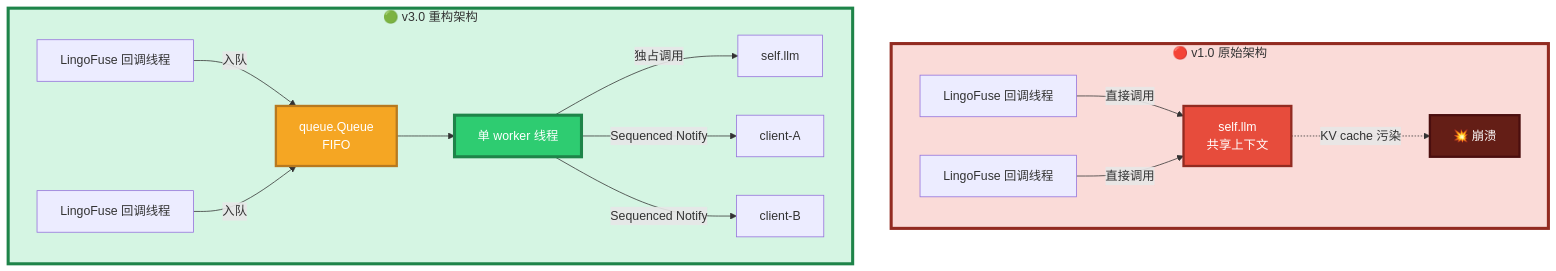
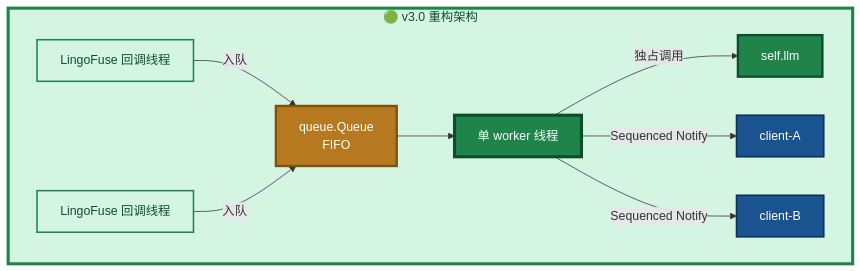
The fifth of 39 diagrams in src/llm-service/LingoFuse_LLM_Service_Work_Summary.md (PassByYou888/LingoFuse-pasAgent), drawn with Mermaid before and after one commit. The commit also changed other lines of this file, not shown here.

````diff
--- a/src/llm-service/LingoFuse_LLM_Service_Work_Summary.md
+++ b/src/llm-service/LingoFuse_LLM_Service_Work_Summary.md
@@ -174,24 +182,20 @@
 ```mermaid
 flowchart TB
-    subgraph OLD["🔴 v1.0 原始架构"]
-        O1["LingoFuse 回调线程"] -->|直接调用| O2["self.llm<br/>共享上下文"]
-        O3["LingoFuse 回调线程"] -->|直接调用| O2
-        O2 -.->|"KV cache 污染"| OC["💥 崩溃"]
-    end
-
     subgraph NEW["🟢 v3.0 重构架构"]
         N1["LingoFuse 回调线程"] -->|入队| NQ["queue.Queue<br/>FIFO"]
         N2["LingoFuse 回调线程"] -->|入队| NQ
         NQ --> NW["单 worker 线程"]
         NW -->|独占调用| NL["self.llm"]
         NW -->|"Sequenced Notify"| NC1["client-A"]
         NW -->|"Sequenced Notify"| NC2["client-B"]
     end
 
-    style OLD fill:#FADBD8,stroke:#922B21,stroke-width:4px
-    style NEW fill:#D5F5E3,stroke:#1E8449,stroke-width:4px
-    style O2 fill:#E74C3C,stroke:#922B21,stroke-width:3px,color:#FFFFFF
-    style OC fill:#641E16,stroke:#4A0E0E,stroke-width:3px,color:#FFFFFF
-    style NW fill:#2ECC71,stroke:#1E8449,stroke-width:4px,color:#FFFFFF
-    style NQ fill:#F5A623,stroke:#B7791F,stroke-width:3px,color:#FFFFFF
+    style NEW fill:#D5F5E3,stroke:#1E8449,stroke-width:4px,color:#0E4D2A
+    style N1 fill:#D5F5E3,stroke:#1E8449,stroke-width:2px,color:#0E4D2A
+    style N2 fill:#D5F5E3,stroke:#1E8449,stroke-width:2px,color:#0E4D2A
+    style NQ fill:#B7791F,stroke:#7E5109,stroke-width:3px,color:#FFFFFF
+    style NW fill:#1E8449,stroke:#0E4D2A,stroke-width:4px,color:#FFFFFF
+    style NL fill:#1E8449,stroke:#0E4D2A,stroke-width:3px,color:#FFFFFF
+    style NC1 fill:#1A5490,stroke:#0D2F52,stroke-width:2px,color:#FFFFFF
+    style NC2 fill:#1A5490,stroke:#0D2F52,stroke-width:2px,color:#FFFFFF
 ```
````
